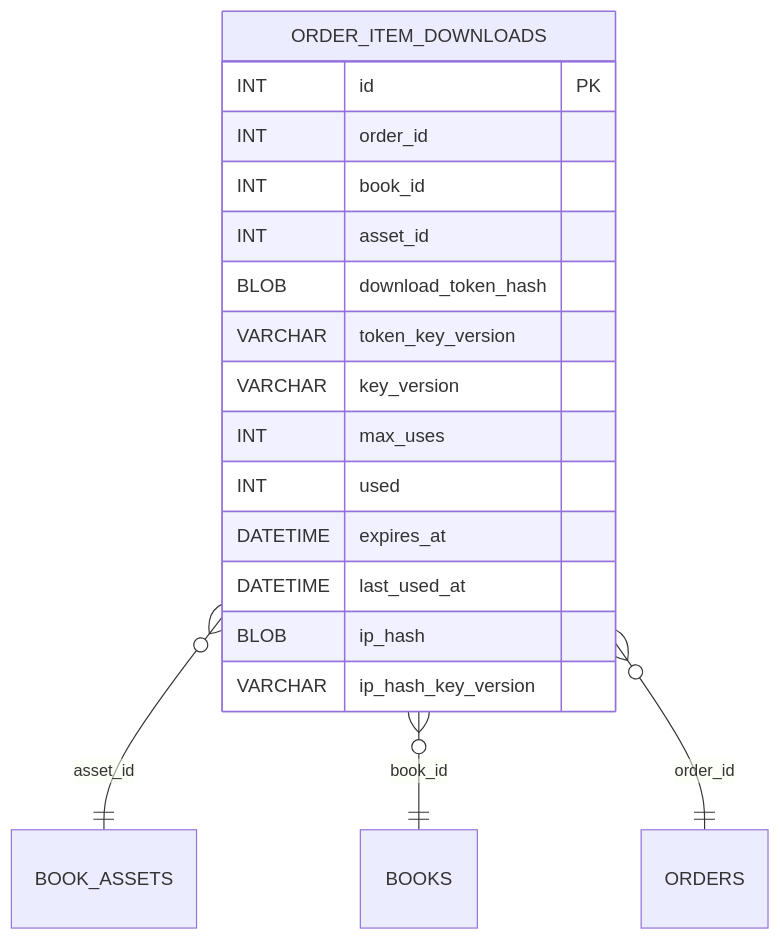
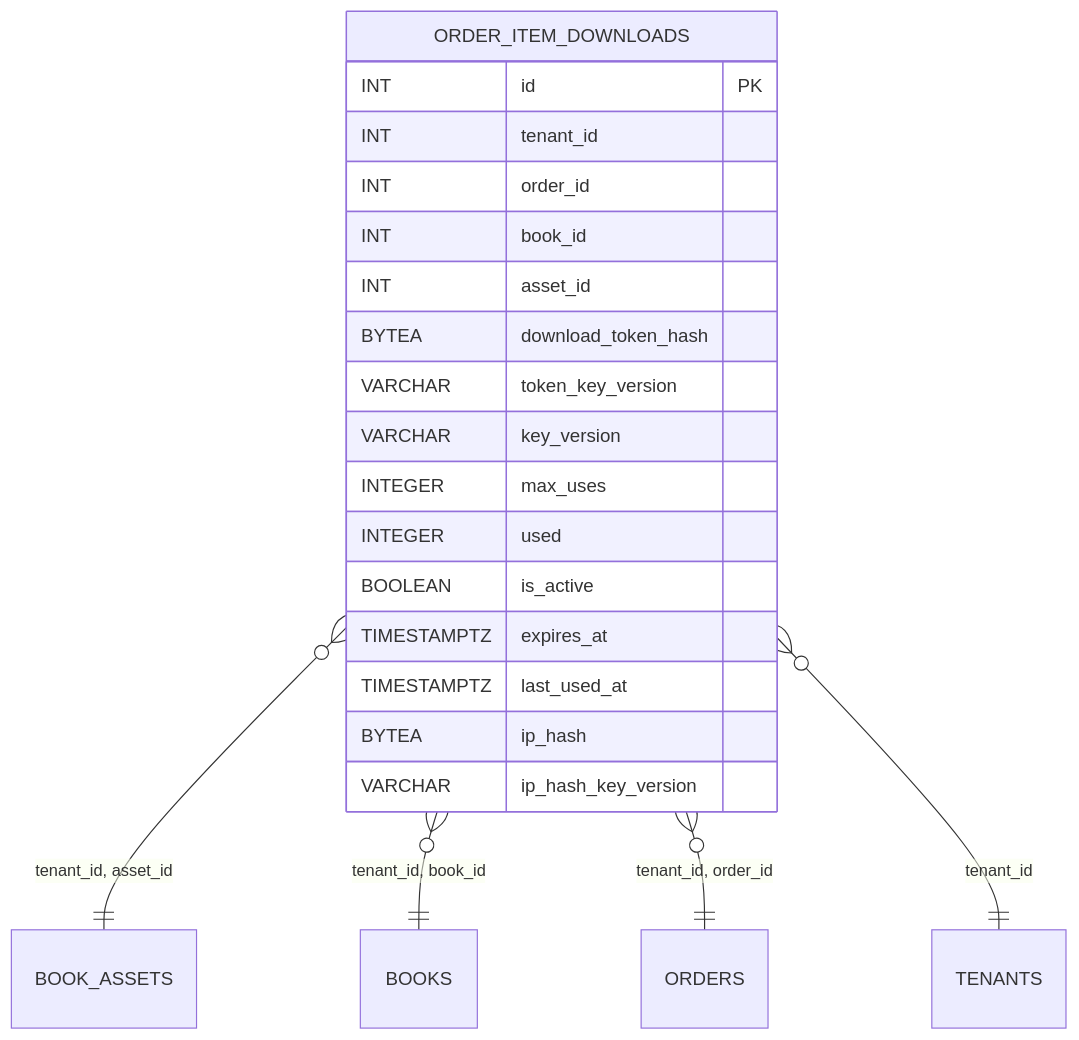
The diagram in README.md (blackcatdatabase/table-order-item-downloads), drawn with Mermaid before and after one commit. The commit also changed other lines of this file and 26 other files, not shown here.

First line of the commit message:
Regen schema (#1)

````diff
--- a/README.md
+++ b/README.md
@@ -61,21 +67,24 @@
 ```mermaid
 erDiagram
   ORDER_ITEM_DOWNLOADS {
     INT id PK
+    INT tenant_id
     INT order_id
     INT book_id
     INT asset_id
-    BLOB download_token_hash
+    BYTEA download_token_hash
     VARCHAR token_key_version
     VARCHAR key_version
-    INT max_uses
-    INT used
-    DATETIME expires_at
-    DATETIME last_used_at
-    BLOB ip_hash
+    INTEGER max_uses
+    INTEGER used
+    BOOLEAN is_active
+    TIMESTAMPTZ expires_at
+    TIMESTAMPTZ last_used_at
+    BYTEA ip_hash
     VARCHAR ip_hash_key_version
   }
-  ORDER_ITEM_DOWNLOADS }o--|| BOOK_ASSETS : "asset_id"
-  ORDER_ITEM_DOWNLOADS }o--|| BOOKS : "book_id"
-  ORDER_ITEM_DOWNLOADS }o--|| ORDERS : "order_id"
+  ORDER_ITEM_DOWNLOADS }o--|| BOOK_ASSETS : "tenant_id, asset_id"
+  ORDER_ITEM_DOWNLOADS }o--|| BOOKS : "tenant_id, book_id"
+  ORDER_ITEM_DOWNLOADS }o--|| ORDERS : "tenant_id, order_id"
+  ORDER_ITEM_DOWNLOADS }o--|| TENANTS : "tenant_id"
 ```
````
